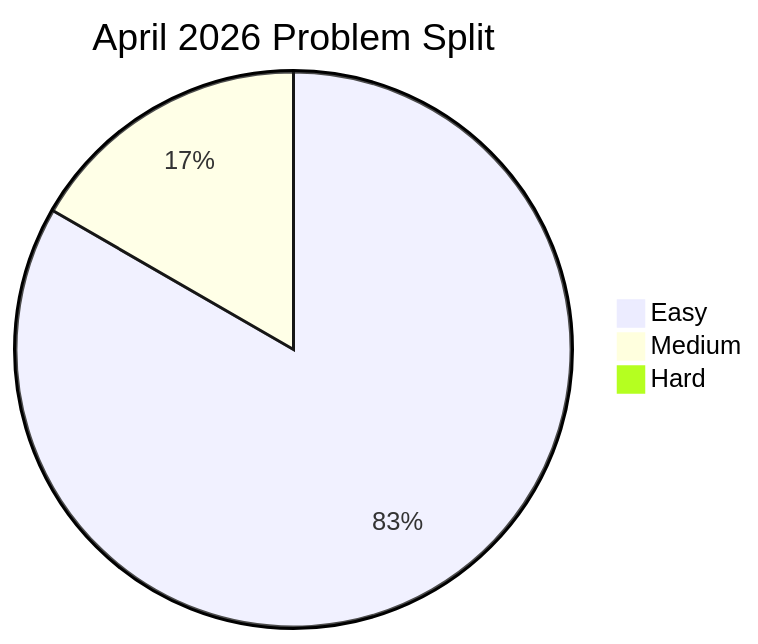
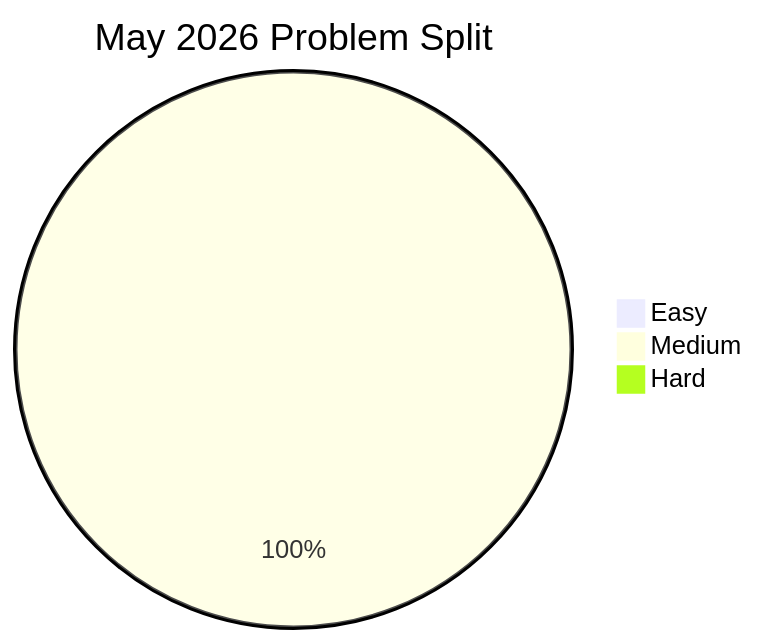
The third of 4 diagrams in README.md (manikantbindass/Codeforces-Interview-Preparation-Journey), drawn with Mermaid before and after one commit. The commit also changed other lines of this file and 2 other files, not shown here.

Commit message:
feat(medium): add Candy Box solutions

````diff
--- a/README.md
+++ b/README.md
@@ -415,6 +417,6 @@
 ```mermaid
-pie title April 2026 Problem Split
-    "Easy" : 10
-    "Medium" : 2
+pie title May 2026 Problem Split
+    "Easy" : 0
+    "Medium" : 1
     "Hard" : 0
 ```
````
